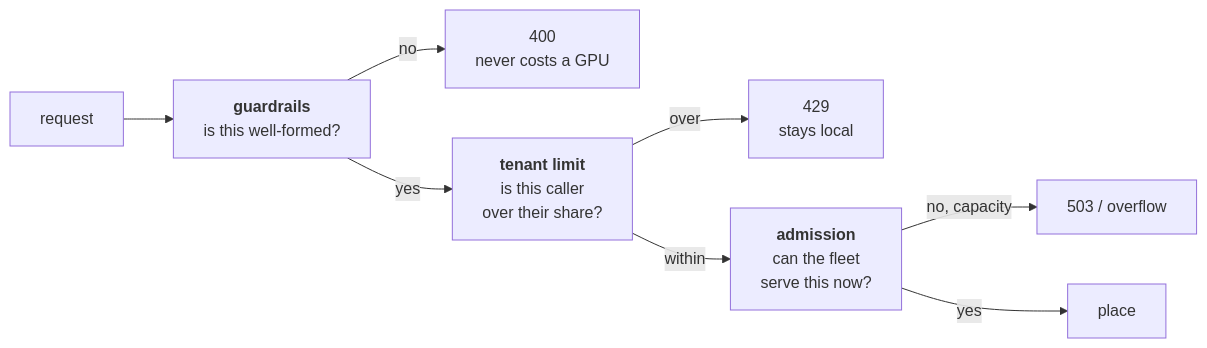
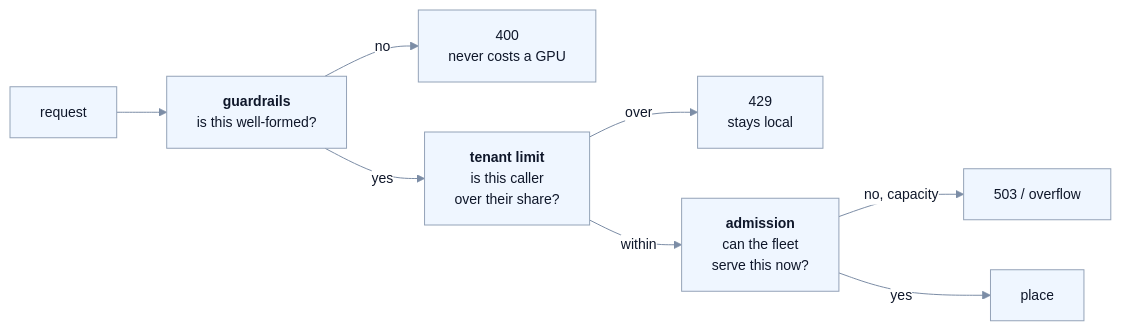
The diagram in docs/project/03-admission.md (harshuljain13/Dodona), drawn with Mermaid before and after one commit. The commit also changed 15 other files, not shown here.

````diff
--- a/docs/project/03-admission.md
+++ b/docs/project/03-admission.md
@@ -6,10 +6,18 @@
 ```mermaid
+%%{init: {'theme':'base','themeVariables':{
+  'fontFamily':'ui-sans-serif, -apple-system, Segoe UI, Inter, Helvetica, Arial, sans-serif','fontSize':'14px',
+  'primaryColor':'#eff6ff','primaryTextColor':'#0f172a','primaryBorderColor':'#94a3b8',
+  'secondaryColor':'#f1f5f9','tertiaryColor':'#f8fafc',
+  'lineColor':'#7c8da6','textColor':'#1e293b',
+  'clusterBkg':'#f8fafc','clusterBorder':'#cbd5e1',
+  'edgeLabelBackground':'#ffffff','nodeBorder':'#94a3b8'
+}}}%%
 flowchart LR
     REQ["request"] --> G["<b>guardrails</b><br/>is this well-formed?"]
     G -->|"no"| R400["400<br/>never costs a GPU"]
     G -->|"yes"| T["<b>tenant limit</b><br/>is this caller<br/>over their share?"]
     T -->|"over"| R429["429<br/>stays local"]
     T -->|"within"| A["<b>admission</b><br/>can the fleet<br/>serve this now?"]
     A -->|"no, capacity"| R503["503 / overflow"]
     A -->|"yes"| P["place"]
 ```
````
